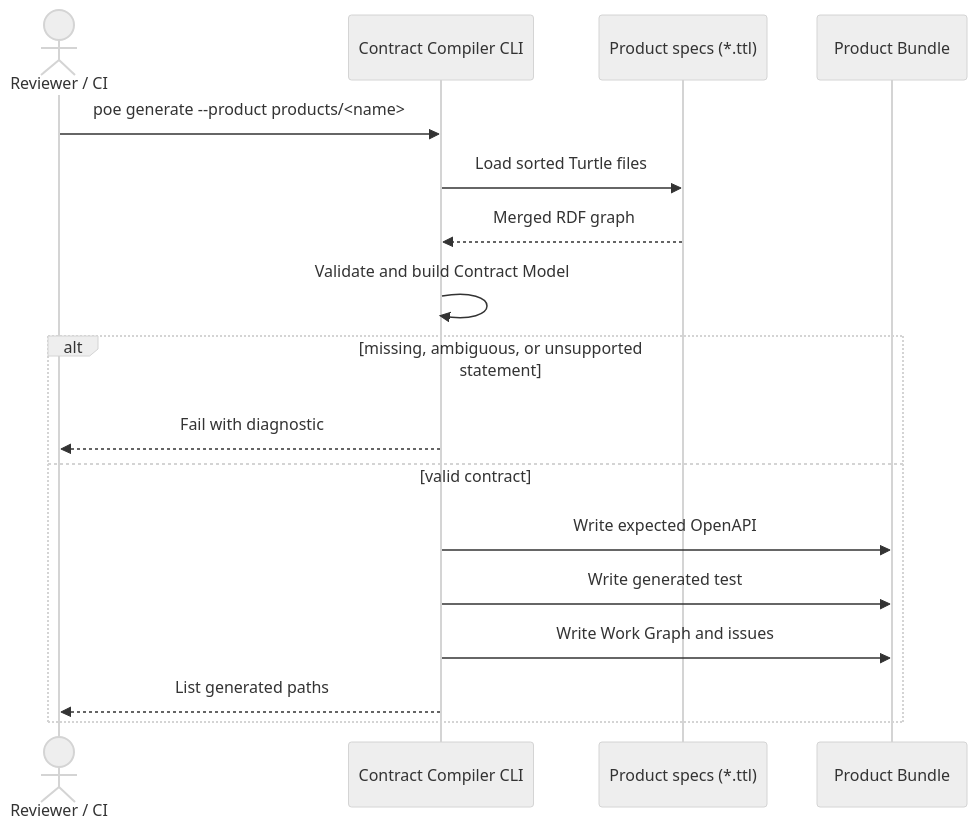
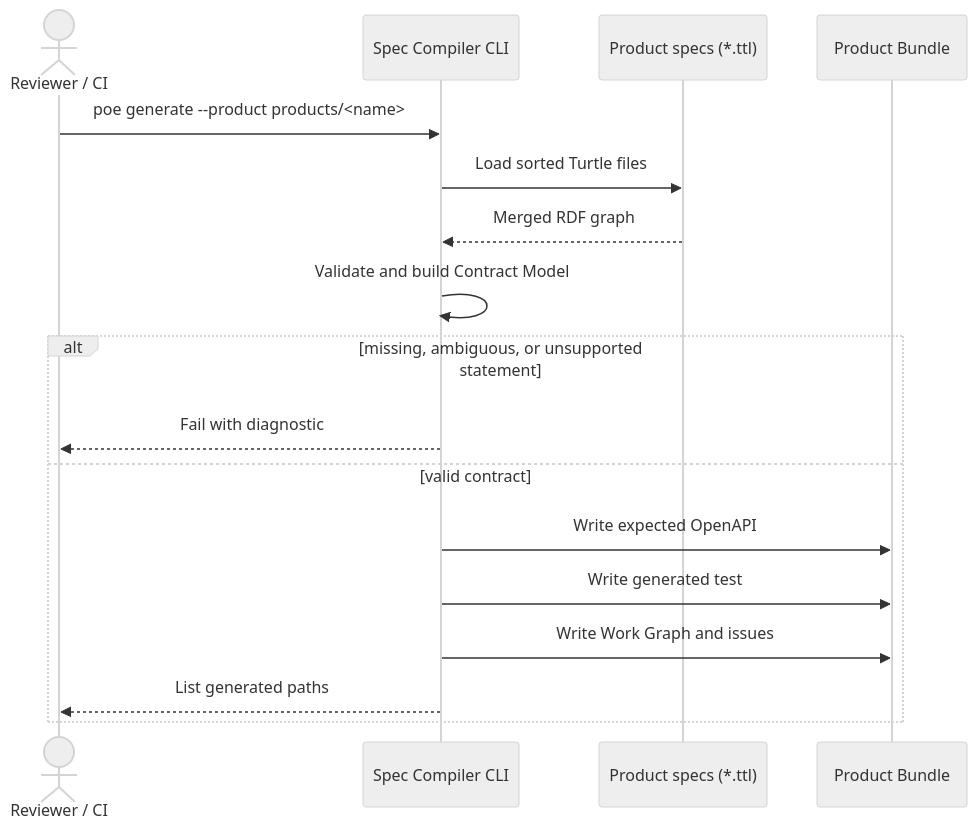
One commit to arturmiller/spec-compiler changed the first of 5 diagrams in docs/architecture/arc42.md. Above: the diagram before and after it, drawn with Mermaid (neutral theme). The commit also changed other lines of this file and 22 other files, not shown here.

Commit message:
Rename product to Spec Compiler

````diff
--- a/docs/architecture/arc42.md
+++ b/docs/architecture/arc42.md
@@ -194,20 +194,20 @@
 ```mermaid
 sequenceDiagram
     actor Operator as Reviewer / CI
-    participant Compiler as Contract Compiler CLI
+    participant Compiler as Spec Compiler CLI
     participant Specs as Product specs (*.ttl)
     participant Bundle as Product Bundle
 
     Operator->>Compiler: poe generate --product products/<name>
     Compiler->>Specs: Load sorted Turtle files
     Specs-->>Compiler: Merged RDF graph
     Compiler->>Compiler: Validate and build Contract Model
     alt missing, ambiguous, or unsupported statement
         Compiler-->>Operator: Fail with diagnostic
     else valid contract
         Compiler->>Bundle: Write expected OpenAPI
         Compiler->>Bundle: Write generated test
         Compiler->>Bundle: Write Work Graph and issues
         Compiler-->>Operator: List generated paths
     end
 ```
````
